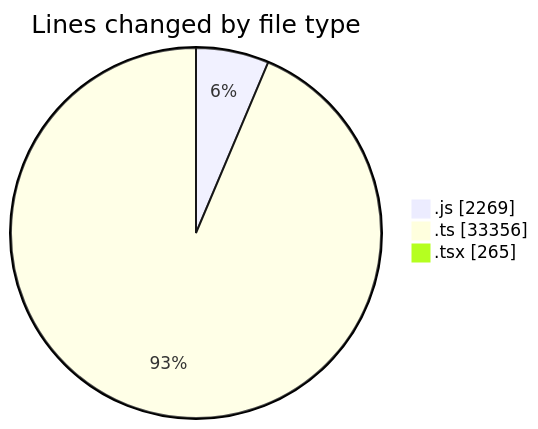
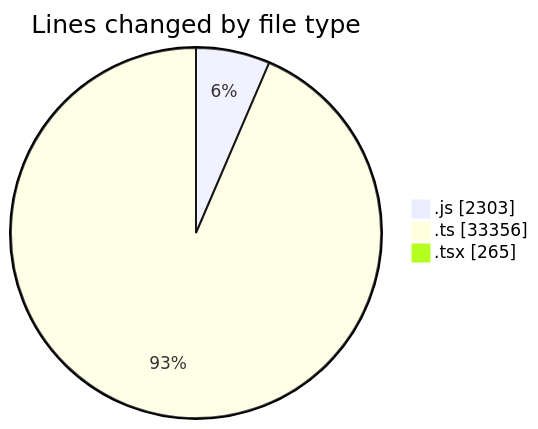
One commit to momahboobian/code-tracking changed the first of 2 diagrams in 2026-02-09/cda/README.md. Above: the diagram before and after it, drawn with Mermaid. The commit also changed other lines of this file and 1 other file, not shown here.

````diff
--- a/2026-02-09/cda/README.md
+++ b/2026-02-09/cda/README.md
@@ -37,7 +37,7 @@
 ```mermaid
 pie showData
 title Lines changed by file type
-".js" : 2269
+".js" : 2303
 ".ts" : 33356
 ".tsx" : 265
 ```
````
